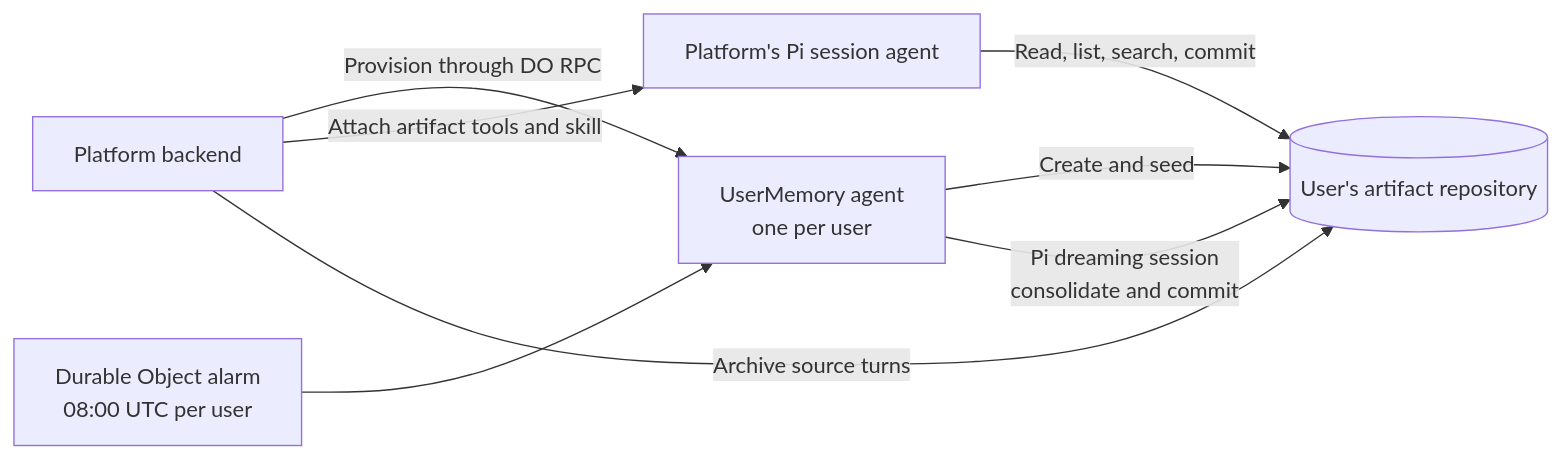
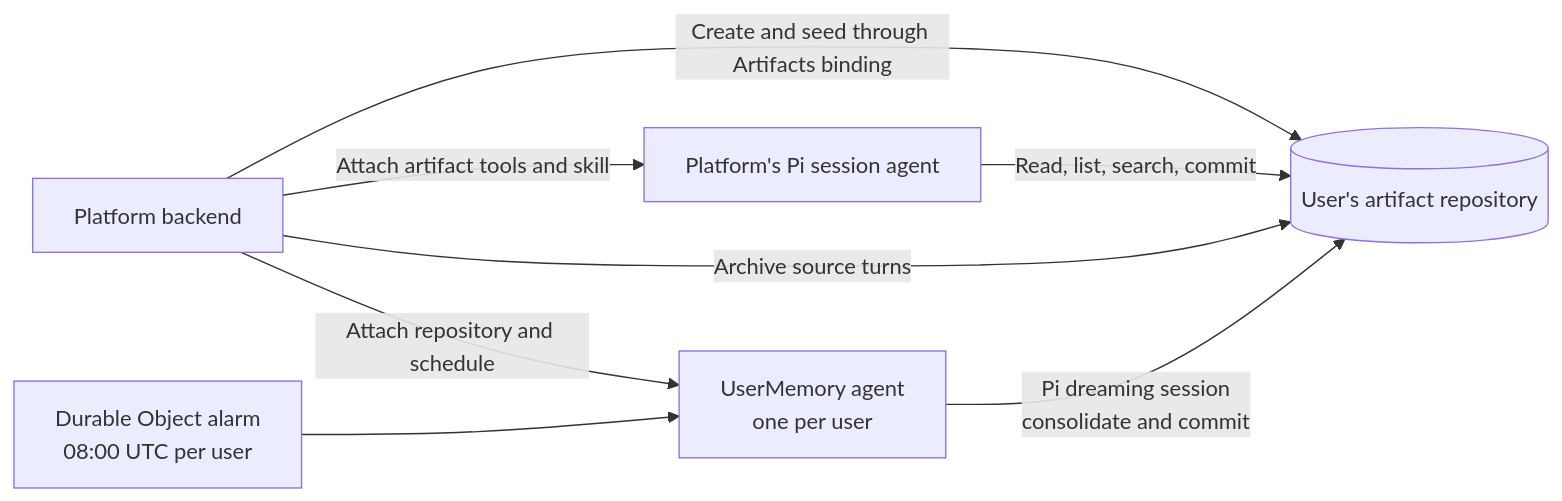
One commit to irvinebroque/artifacts-agent-memory changed the diagram in README.md. Above: the diagram before and after it, drawn with Mermaid. The commit also changed other lines of this file and 12 other files, not shown here.

Commit message:
Show native Artifacts APIs throughout the memory example

````diff
--- a/README.md
+++ b/README.md
@@ -14,10 +14,10 @@
 ```mermaid
 flowchart LR
-  Platform[Platform backend] -->|Provision through DO RPC| Owner[UserMemory agent<br/>one per user]
-  Owner -->|Create and seed| Artifact[(User's artifact repository)]
+  Platform[Platform backend] -->|Create and seed through Artifacts binding| Artifact[(User's artifact repository)]
+  Platform -->|Attach repository and schedule| Owner[UserMemory agent<br/>one per user]
   Platform -->|Attach artifact tools and skill| Session[Platform's Pi session agent]
   Session -->|Read, list, search, commit| Artifact
   Platform -->|Archive source turns| Artifact
   Alarm[Durable Object alarm<br/>08:00 UTC per user] --> Owner
   Owner -->|Pi dreaming session<br/>consolidate and commit| Artifact
 ```
````
